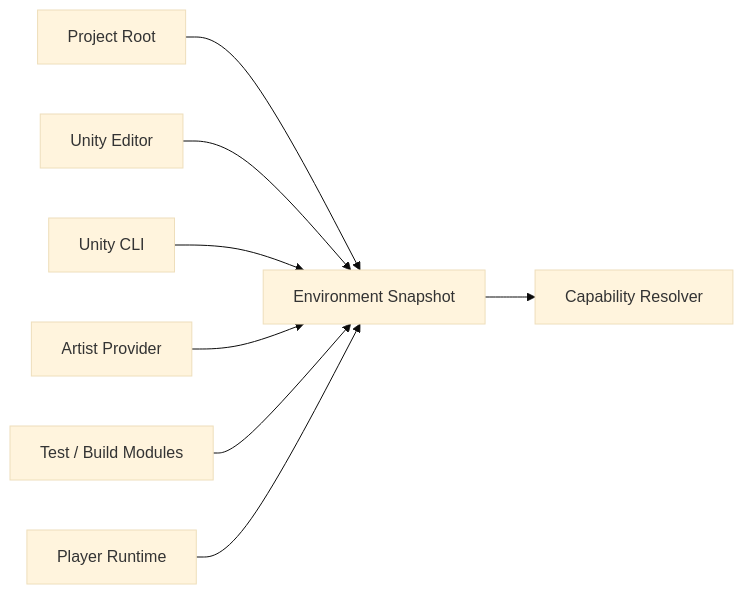
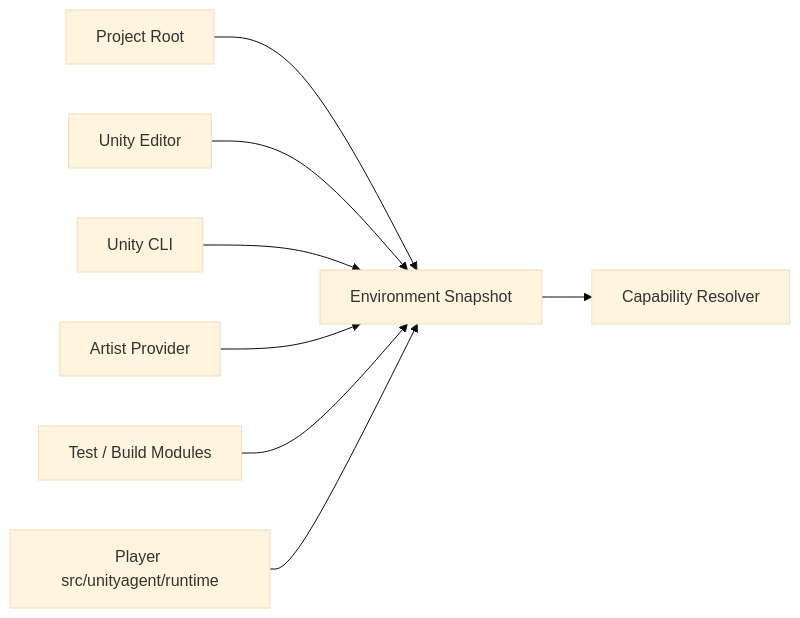
Before and after one commit to DarumaPPAP/UnityAgent: the first of 5 diagrams in docs/unity-environment-adaptation.md, drawn with Mermaid (base theme). The commit also changed other lines of this file and 1025 other files, not shown here.

````diff
--- a/docs/unity-environment-adaptation.md
+++ b/docs/unity-environment-adaptation.md
@@ -23,10 +23,10 @@
 ```mermaid
 flowchart LR
     P[Project Root] --> E[Environment Snapshot]
     U[Unity Editor] --> E
     C[Unity CLI] --> E
     A[Artist Provider] --> E
     T[Test / Build Modules] --> E
-    R[Player Runtime] --> E
+    R[Player src/unityagent/runtime] --> E
     E --> B[Capability Resolver]
 ```
````
